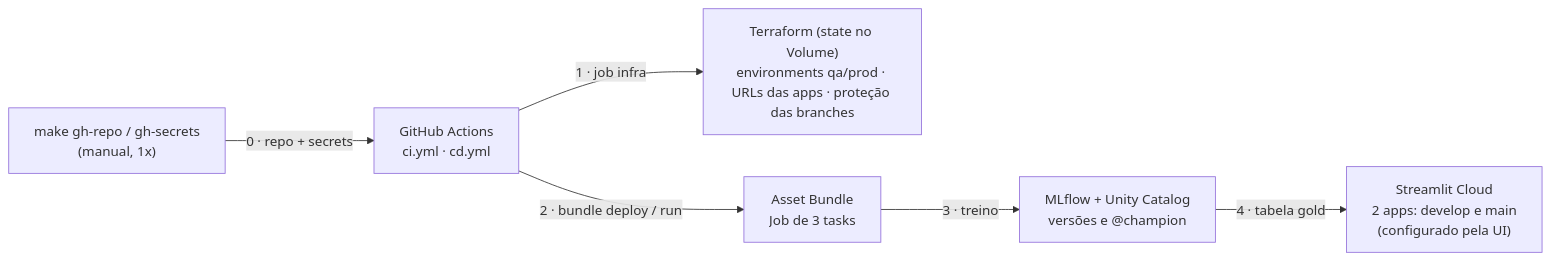
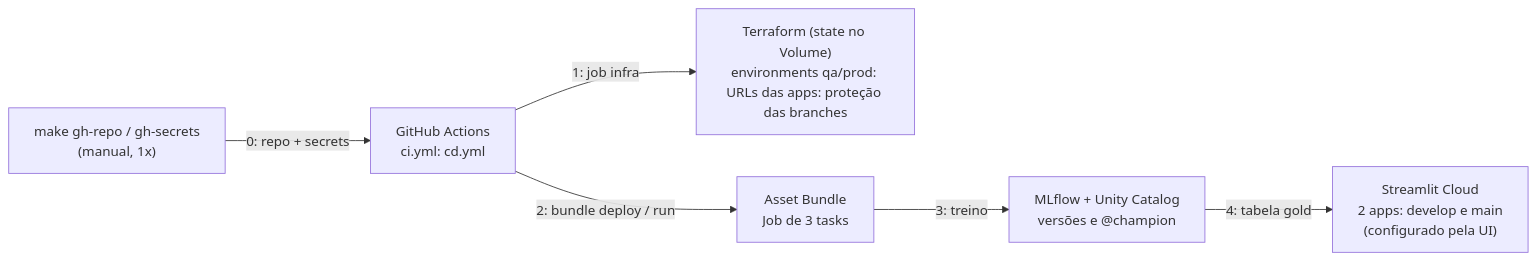
Before and after one commit to will3g/news-recsys-databricks: the fourth of 4 diagrams in docs/ARQUITETURA.md, drawn with Mermaid. The commit also changed other lines of this file and 7 other files, not shown here.

````diff
--- a/docs/ARQUITETURA.md
+++ b/docs/ARQUITETURA.md
@@ -98,8 +92,8 @@
 ```mermaid
 flowchart LR
-    MAN["make gh-repo / gh-secrets<br/>(manual, 1x)"] -- "0 · repo + secrets" --> GA["GitHub Actions<br/>ci.yml · cd.yml"]
-    GA -- "1 · job infra" --> TF["Terraform (state no Volume)<br/>environments qa/prod · URLs das apps · proteção das branches"]
-    GA -- "2 · bundle deploy / run" --> DAB["Asset Bundle<br/>Job de 3 tasks"]
-    DAB -- "3 · treino" --> ML["MLflow + Unity Catalog<br/>versões e @champion"]
-    ML -- "4 · tabela gold" --> ST["Streamlit Cloud<br/>2 apps: develop e main<br/>(configurado pela UI)"]
+    MAN["make gh-repo / gh-secrets<br/>(manual, 1x)"] -- "0: repo + secrets" --> GA["GitHub Actions<br/>ci.yml: cd.yml"]
+    GA -- "1: job infra" --> TF["Terraform (state no Volume)<br/>environments qa/prod: URLs das apps: proteção das branches"]
+    GA -- "2: bundle deploy / run" --> DAB["Asset Bundle<br/>Job de 3 tasks"]
+    DAB -- "3: treino" --> ML["MLflow + Unity Catalog<br/>versões e @champion"]
+    ML -- "4: tabela gold" --> ST["Streamlit Cloud<br/>2 apps: develop e main<br/>(configurado pela UI)"]
 ```
````
